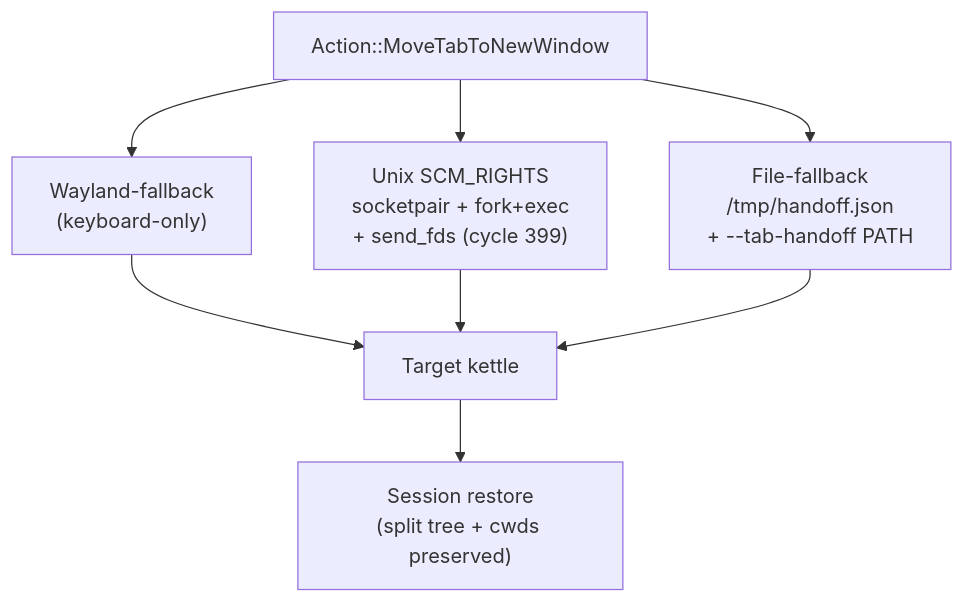
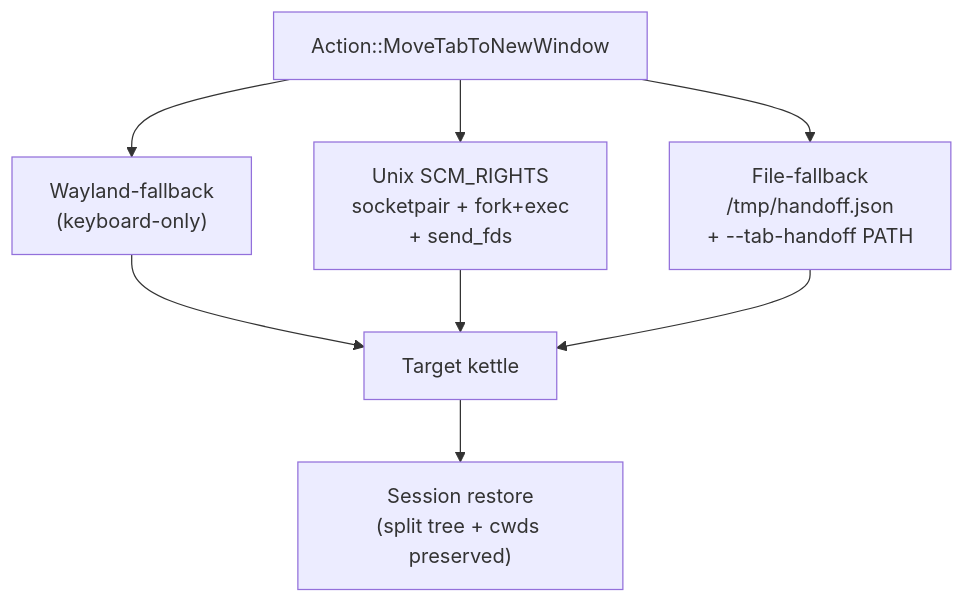
The seventh of 8 diagrams in docs/ARCHITECTURE.md (Reddimus/kettle), drawn with Mermaid before and after one commit. The commit also changed other lines of this file and 4 other files, not shown here.

````diff
--- a/docs/ARCHITECTURE.md
+++ b/docs/ARCHITECTURE.md
@@ -287,11 +276,11 @@
 ```mermaid
 flowchart TD
     A["Action::MoveTabToNewWindow"]
     A --> B1["Wayland-fallback<br/>(keyboard-only)"]
-    A --> B2["Unix SCM_RIGHTS<br/>socketpair + fork+exec<br/>+ send_fds (cycle 399)"]
+    A --> B2["Unix SCM_RIGHTS<br/>socketpair + fork+exec<br/>+ send_fds"]
     A --> B3["File-fallback<br/>/tmp/handoff.json<br/>+ --tab-handoff PATH"]
     B1 --> C["Target kettle"]
     B2 --> C
     B3 --> C
     C --> D["Session restore<br/>(split tree + cwds preserved)"]
 ```
````
